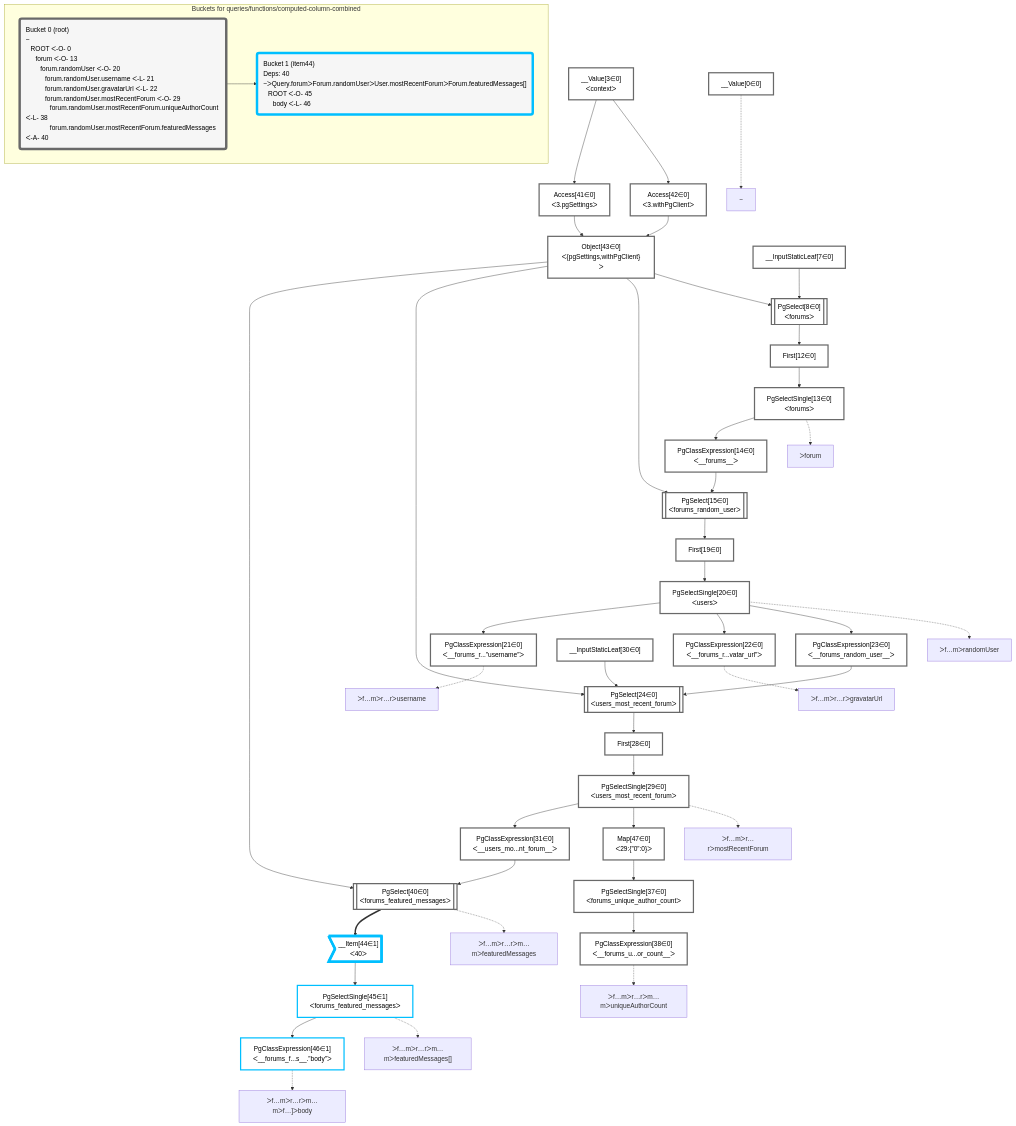
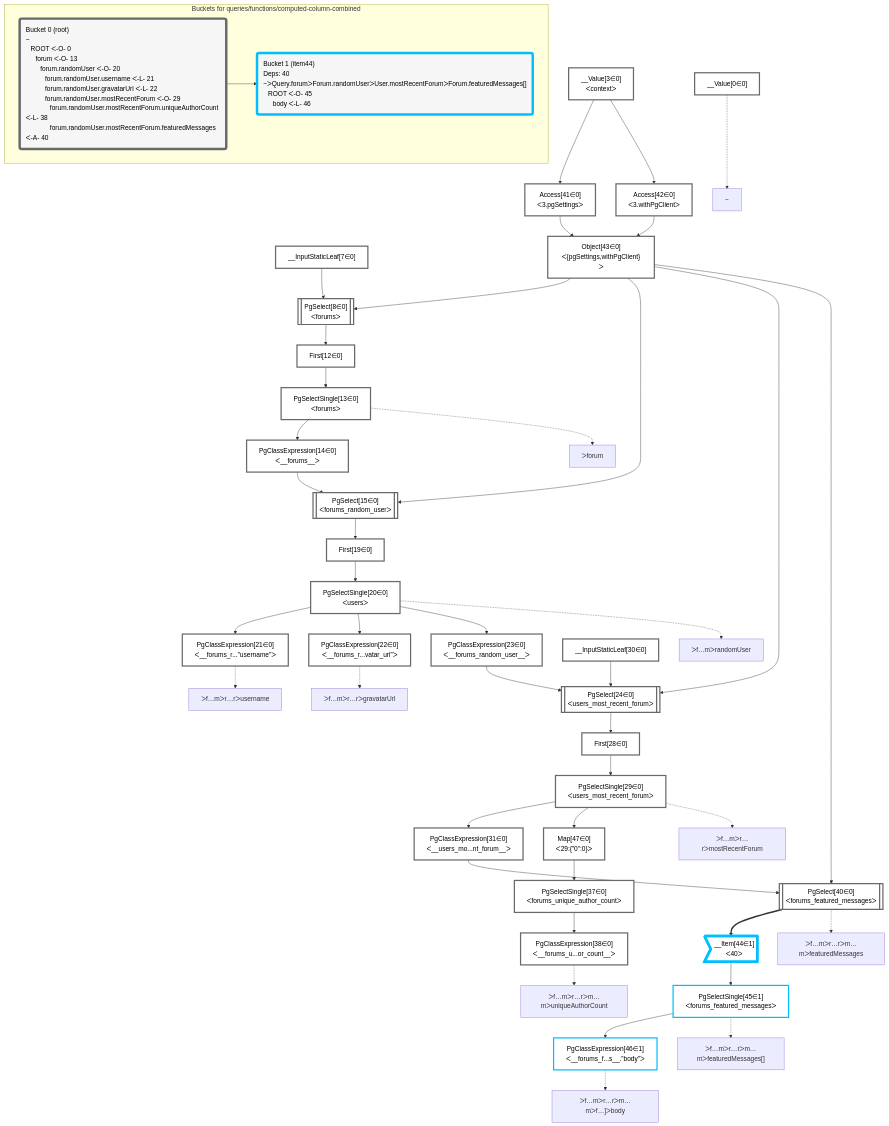
The diagram in packages/dataplan-pg/__tests__/queries/functions/computed-column-combined.deopt.mermaid.md (graphile/crystal), drawn with Mermaid before and after one commit. The commit also changed other lines of this file and 195 other files, not shown here.

Commit message:
Reorder graphs

```diff
--- a/packages/dataplan-pg/__tests__/queries/functions/computed-column-combined.deopt.mermaid.md
+++ b/packages/dataplan-pg/__tests__/queries/functions/computed-column-combined.deopt.mermaid.md
@@ -9,59 +9,59 @@
 
     %% define plans
     __Value0["__Value[0∈0]"]:::plan
+    __Value3["__Value[3∈0]<br />ᐸcontextᐳ"]:::plan
+    __InputStaticLeaf7["__InputStaticLeaf[7∈0]"]:::plan
+    Access41["Access[41∈0]<br />ᐸ3.pgSettingsᐳ"]:::plan
+    Access42["Access[42∈0]<br />ᐸ3.withPgClientᐳ"]:::plan
+    Object43["Object[43∈0]<br />ᐸ{pgSettings,withPgClient}ᐳ"]:::plan
+    PgSelect8[["PgSelect[8∈0]<br />ᐸforumsᐳ"]]:::plan
+    First12["First[12∈0]"]:::plan
+    PgSelectSingle13["PgSelectSingle[13∈0]<br />ᐸforumsᐳ"]:::plan
+    PgClassExpression14["PgClassExpression[14∈0]<br />ᐸ__forums__ᐳ"]:::plan
+    PgSelect15[["PgSelect[15∈0]<br />ᐸforums_random_userᐳ"]]:::plan
+    First19["First[19∈0]"]:::plan
+    PgSelectSingle20["PgSelectSingle[20∈0]<br />ᐸusersᐳ"]:::plan
     PgClassExpression21["PgClassExpression[21∈0]<br />ᐸ__forums_r...”username”ᐳ"]:::plan
     PgClassExpression22["PgClassExpression[22∈0]<br />ᐸ__forums_r...vatar_url”ᐳ"]:::plan
+    PgClassExpression23["PgClassExpression[23∈0]<br />ᐸ__forums_random_user__ᐳ"]:::plan
+    __InputStaticLeaf30["__InputStaticLeaf[30∈0]"]:::plan
+    PgSelect24[["PgSelect[24∈0]<br />ᐸusers_most_recent_forumᐳ"]]:::plan
+    First28["First[28∈0]"]:::plan
+    PgSelectSingle29["PgSelectSingle[29∈0]<br />ᐸusers_most_recent_forumᐳ"]:::plan
+    PgClassExpression31["PgClassExpression[31∈0]<br />ᐸ__users_mo...nt_forum__ᐳ"]:::plan
+    Map47["Map[47∈0]<br />ᐸ29:{”0”:0}ᐳ"]:::plan
+    PgSelectSingle37["PgSelectSingle[37∈0]<br />ᐸforums_unique_author_countᐳ"]:::plan
+    PgClassExpression38["PgClassExpression[38∈0]<br />ᐸ__forums_u...or_count__ᐳ"]:::plan
+    PgSelect40[["PgSelect[40∈0]<br />ᐸforums_featured_messagesᐳ"]]:::plan
+    __Item44>"__Item[44∈1]<br />ᐸ40ᐳ"]:::itemplan
+    PgSelectSingle45["PgSelectSingle[45∈1]<br />ᐸforums_featured_messagesᐳ"]:::plan
     PgClassExpression46["PgClassExpression[46∈1]<br />ᐸ__forums_f...s__.”body”ᐳ"]:::plan
-    PgSelectSingle45["PgSelectSingle[45∈1]<br />ᐸforums_featured_messagesᐳ"]:::plan
-    __Item44>"__Item[44∈1]<br />ᐸ40ᐳ"]:::itemplan
-    PgSelect40[["PgSelect[40∈0]<br />ᐸforums_featured_messagesᐳ"]]:::plan
-    PgClassExpression31["PgClassExpression[31∈0]<br />ᐸ__users_mo...nt_forum__ᐳ"]:::plan
-    PgClassExpression38["PgClassExpression[38∈0]<br />ᐸ__forums_u...or_count__ᐳ"]:::plan
-    PgSelectSingle37["PgSelectSingle[37∈0]<br />ᐸforums_unique_author_countᐳ"]:::plan
-    Map47["Map[47∈0]<br />ᐸ29:{”0”:0}ᐳ"]:::plan
-    PgSelectSingle29["PgSelectSingle[29∈0]<br />ᐸusers_most_recent_forumᐳ"]:::plan
-    First28["First[28∈0]"]:::plan
-    PgSelect24[["PgSelect[24∈0]<br />ᐸusers_most_recent_forumᐳ"]]:::plan
-    PgClassExpression23["PgClassExpression[23∈0]<br />ᐸ__forums_random_user__ᐳ"]:::plan
-    PgSelectSingle20["PgSelectSingle[20∈0]<br />ᐸusersᐳ"]:::plan
-    First19["First[19∈0]"]:::plan
-    PgSelect15[["PgSelect[15∈0]<br />ᐸforums_random_userᐳ"]]:::plan
-    PgClassExpression14["PgClassExpression[14∈0]<br />ᐸ__forums__ᐳ"]:::plan
-    PgSelectSingle13["PgSelectSingle[13∈0]<br />ᐸforumsᐳ"]:::plan
-    First12["First[12∈0]"]:::plan
-    PgSelect8[["PgSelect[8∈0]<br />ᐸforumsᐳ"]]:::plan
-    Object43["Object[43∈0]<br />ᐸ{pgSettings,withPgClient}ᐳ"]:::plan
-    Access41["Access[41∈0]<br />ᐸ3.pgSettingsᐳ"]:::plan
-    Access42["Access[42∈0]<br />ᐸ3.withPgClientᐳ"]:::plan
-    __Value3["__Value[3∈0]<br />ᐸcontextᐳ"]:::plan
-    __InputStaticLeaf7["__InputStaticLeaf[7∈0]"]:::plan
-    __InputStaticLeaf30["__InputStaticLeaf[30∈0]"]:::plan
 
     %% plan dependencies
+    __Value3 --> Access41
+    __Value3 --> Access42
+    Access41 & Access42 --> Object43
+    Object43 & __InputStaticLeaf7 --> PgSelect8
+    PgSelect8 --> First12
+    First12 --> PgSelectSingle13
+    PgSelectSingle13 --> PgClassExpression14
+    Object43 & PgClassExpression14 --> PgSelect15
+    PgSelect15 --> First19
+    First19 --> PgSelectSingle20
     PgSelectSingle20 --> PgClassExpression21
     PgSelectSingle20 --> PgClassExpression22
+    PgSelectSingle20 --> PgClassExpression23
+    Object43 & PgClassExpression23 & __InputStaticLeaf30 --> PgSelect24
+    PgSelect24 --> First28
+    First28 --> PgSelectSingle29
+    PgSelectSingle29 --> PgClassExpression31
+    PgSelectSingle29 --> Map47
+    Map47 --> PgSelectSingle37
+    PgSelectSingle37 --> PgClassExpression38
+    Object43 & PgClassExpression31 --> PgSelect40
+    PgSelect40 ==> __Item44
+    __Item44 --> PgSelectSingle45
     PgSelectSingle45 --> PgClassExpression46
-    __Item44 --> PgSelectSingle45
-    PgSelect40 ==> __Item44
-    Object43 & PgClassExpression31 --> PgSelect40
-    PgSelectSingle29 --> PgClassExpression31
-    PgSelectSingle37 --> PgClassExpression38
-    Map47 --> PgSelectSingle37
-    PgSelectSingle29 --> Map47
-    First28 --> PgSelectSingle29
-    PgSelect24 --> First28
-    Object43 & PgClassExpression23 & __InputStaticLeaf30 --> PgSelect24
-    PgSelectSingle20 --> PgClassExpression23
-    First19 --> PgSelectSingle20
-    PgSelect15 --> First19
-    Object43 & PgClassExpression14 --> PgSelect15
-    PgSelectSingle13 --> PgClassExpression14
-    First12 --> PgSelectSingle13
-    PgSelect8 --> First12
-    Object43 & __InputStaticLeaf7 --> PgSelect8
-    Access41 & Access42 --> Object43
-    __Value3 --> Access41
-    __Value3 --> Access42
 
     %% plan-to-path relationships
     P0["~"]
```
